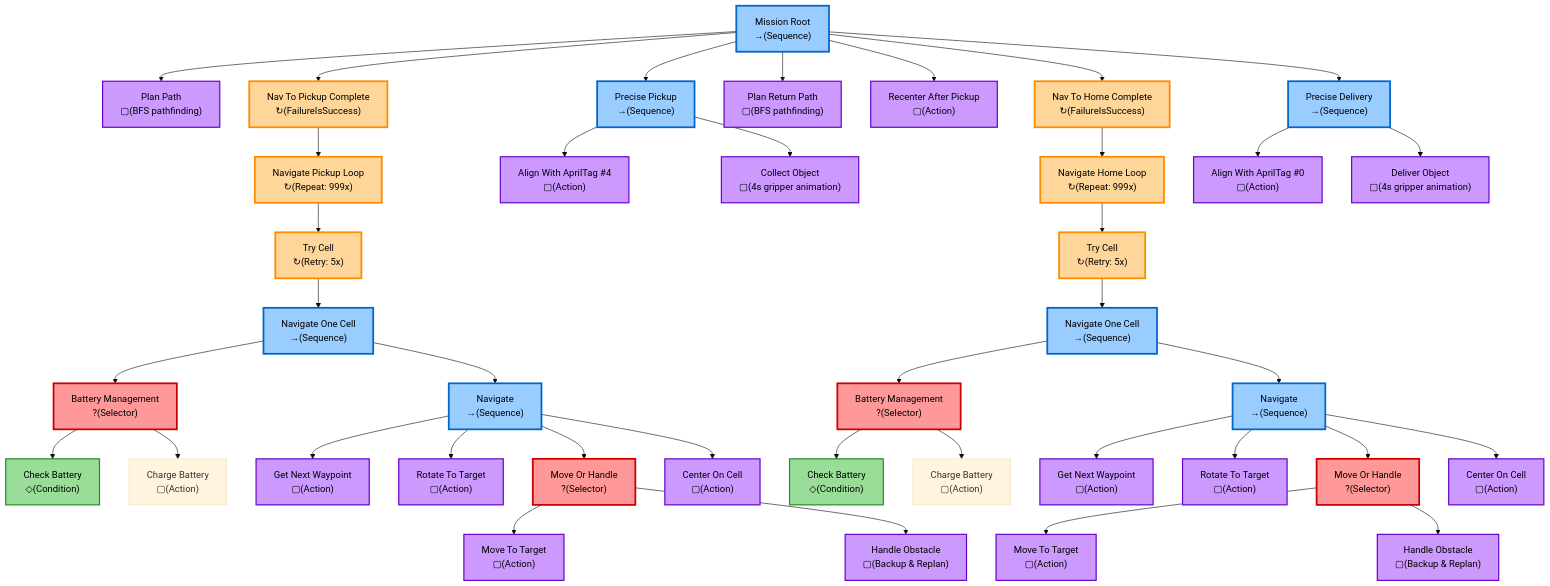
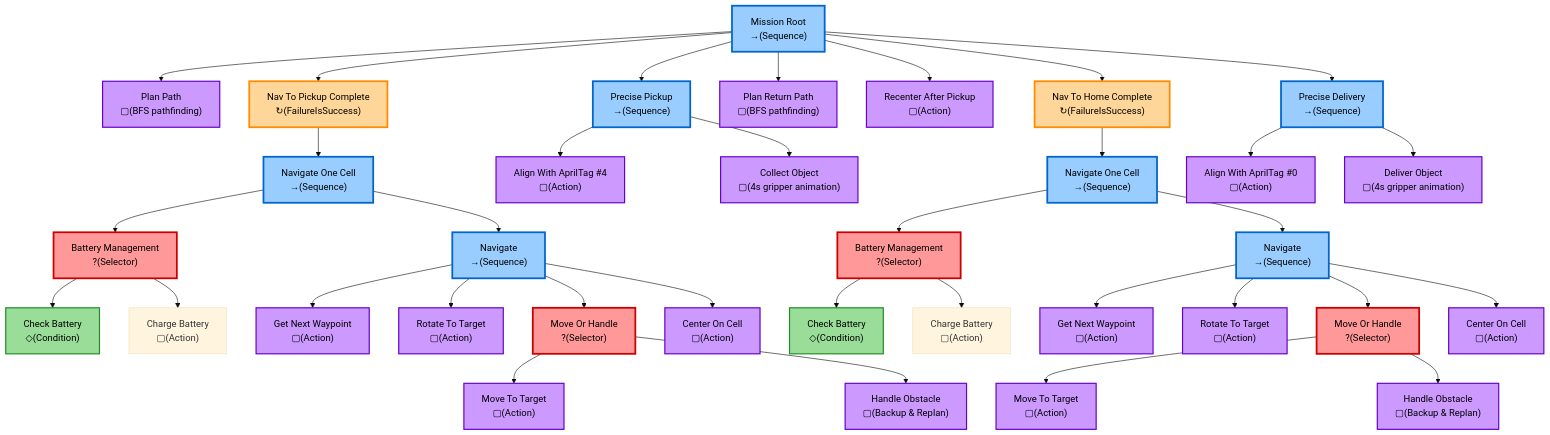
One commit to flavcaro/courier_robot changed the diagram in courier_behavior_tree.mmd. Above: the diagram before and after it, drawn with Mermaid (base theme).

Commit message:
aggiornato behaviortree

```diff
--- a/courier_behavior_tree.mmd
+++ b/courier_behavior_tree.mmd
@@ -1,123 +1,115 @@
 %% Courier Robot Behavior Tree - ACTUAL IMPLEMENTATION
 %% Generated from controller.py
 %% 
 %% Node Types:
 %% - Selector: ? (try children in order until one succeeds)
 %% - Sequence: → (execute children in order, fail if any fails)
 %% - Decorator: ↻ (modifies child behavior)
 %% - Condition: ◇ (check/test)
 %% - Action: ▢ (do something)
 
 flowchart TD
     Root["Mission Root<br/>→(Sequence)"]
     
     %% Phase 0: Initial Planning
     PlanPath["Plan Path<br/>▢(BFS pathfinding)"]
     
     %% Phase 1: Navigate To Pickup
     NavPickupComplete["Nav To Pickup Complete<br/>↻(FailureIsSuccess)"]
-    NavPickupLoop["Navigate Pickup Loop<br/>↻(Repeat: 999x)"]
-    NavPickupRetry["Try Cell<br/>↻(Retry: 5x)"]
     NavCell1["Navigate One Cell<br/>→(Sequence)"]
     Battery1["Battery Management<br/>?(Selector)"]
     CheckBatt1["Check Battery<br/>◇(Condition)"]
     ChargeBatt1["Charge Battery<br/>▢(Action)"]
     NavSeq1["Navigate<br/>→(Sequence)"]
     GetWaypoint1["Get Next Waypoint<br/>▢(Action)"]
     Rotate1["Rotate To Target<br/>▢(Action)"]
     MoveOrHandle1["Move Or Handle<br/>?(Selector)"]
     Move1["Move To Target<br/>▢(Action)"]
     HandleObs1["Handle Obstacle<br/>▢(Backup & Replan)"]
     Center1["Center On Cell<br/>▢(Action)"]
     
     %% Phase 2: Precise Pickup
     PickupSeq["Precise Pickup<br/>→(Sequence)"]
     AlignPickup["Align With AprilTag #4<br/>▢(Action)"]
     CollectObject["Collect Object<br/>▢(4s gripper animation)"]
     
     %% Phase 3: Plan Return
     PlanReturn["Plan Return Path<br/>▢(BFS pathfinding)"]
     
     %% Phase 3.5: Recenter After Pickup
     RecenterPickup["Recenter After Pickup<br/>▢(Action)"]
     
     %% Phase 4: Navigate Home
     NavHomeComplete["Nav To Home Complete<br/>↻(FailureIsSuccess)"]
-    NavHomeLoop["Navigate Home Loop<br/>↻(Repeat: 999x)"]
-    NavHomeRetry["Try Cell<br/>↻(Retry: 5x)"]
     NavCell2["Navigate One Cell<br/>→(Sequence)"]
     Battery2["Battery Management<br/>?(Selector)"]
     CheckBatt2["Check Battery<br/>◇(Condition)"]
     ChargeBatt2["Charge Battery<br/>▢(Action)"]
     NavSeq2["Navigate<br/>→(Sequence)"]
     GetWaypoint2["Get Next Waypoint<br/>▢(Action)"]
     Rotate2["Rotate To Target<br/>▢(Action)"]
     MoveOrHandle2["Move Or Handle<br/>?(Selector)"]
     Move2["Move To Target<br/>▢(Action)"]
     HandleObs2["Handle Obstacle<br/>▢(Backup & Replan)"]
     Center2["Center On Cell<br/>▢(Action)"]
     
     %% Phase 5: Precise Delivery
     DeliverySeq["Precise Delivery<br/>→(Sequence)"]
     AlignHome["Align With AprilTag #0<br/>▢(Action)"]
     DeliverObject["Deliver Object<br/>▢(4s gripper animation)"]
     
     %% Main sequence connections
     Root --> PlanPath
     Root --> NavPickupComplete
     Root --> PickupSeq
     Root --> PlanReturn
     Root --> RecenterPickup
     Root --> NavHomeComplete
     Root --> DeliverySeq
     
     %% Navigate to Pickup structure
-    NavPickupComplete --> NavPickupLoop
-    NavPickupLoop --> NavPickupRetry
-    NavPickupRetry --> NavCell1
+    NavPickupComplete --> NavCell1
     NavCell1 --> Battery1
     NavCell1 --> NavSeq1
     Battery1 --> CheckBatt1
     Battery1 --> ChargeBatt1
     NavSeq1 --> GetWaypoint1
     NavSeq1 --> Rotate1
     NavSeq1 --> MoveOrHandle1
     NavSeq1 --> Center1
     MoveOrHandle1 --> Move1
     MoveOrHandle1 --> HandleObs1
     
     %% Precise Pickup structure
     PickupSeq --> AlignPickup
     PickupSeq --> CollectObject
     
     %% Navigate to Home structure
-    NavHomeComplete --> NavHomeLoop
-    NavHomeLoop --> NavHomeRetry
-    NavHomeRetry --> NavCell2
+    NavHomeComplete -->  NavCell2
     NavCell2 --> Battery2
     NavCell2 --> NavSeq2
     Battery2 --> CheckBatt2
     Battery2 --> ChargeBatt2
     NavSeq2 --> GetWaypoint2
     NavSeq2 --> Rotate2
     NavSeq2 --> MoveOrHandle2
     NavSeq2 --> Center2
     MoveOrHandle2 --> Move2
     MoveOrHandle2 --> HandleObs2
     
     %% Precise Delivery structure
     DeliverySeq --> AlignHome
     DeliverySeq --> DeliverObject
     
     %% Styling
     classDef selector fill:#FF9999,stroke:#CC0000,stroke-width:3px,color:#000
     classDef sequence fill:#99CCFF,stroke:#0066CC,stroke-width:3px,color:#000
     classDef decorator fill:#FFD699,stroke:#FF8C00,stroke-width:3px,color:#000
     classDef condition fill:#99DD99,stroke:#228B22,stroke-width:2px,color:#000
     classDef action fill:#CC99FF,stroke:#6600CC,stroke-width:2px,color:#000
     
     class Battery1,Battery2,MoveOrHandle1,MoveOrHandle2 selector
     class Root,NavCell1,NavCell2,NavSeq1,NavSeq2,PickupSeq,DeliverySeq sequence
-    class NavPickupComplete,NavPickupLoop,NavPickupRetry,NavHomeComplete,NavHomeLoop,NavHomeRetry decorator
+    class NavPickupComplete,NavHomeComplete decorator
     class CheckBatt1,CheckBatt2 condition
     class PlanPath,GetWaypoint1,Rotate1,Move1,HandleObs1,Center1,AlignPickup,CollectObject,PlanReturn,RecenterPickup,GetWaypoint2,Rotate2,Move2,HandleObs2,Center2,AlignHome,DeliverObject action
```
